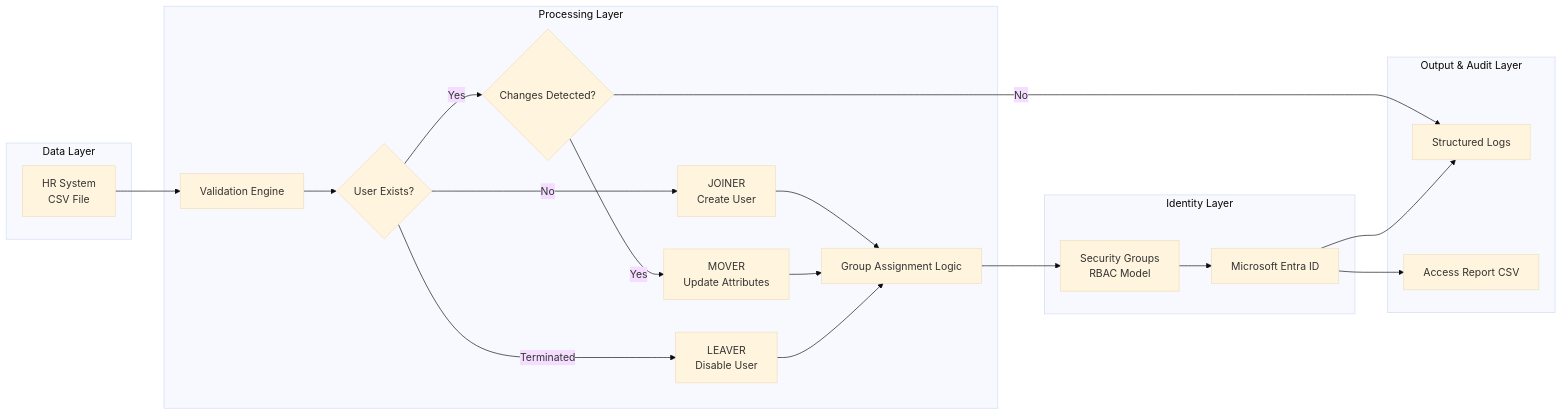
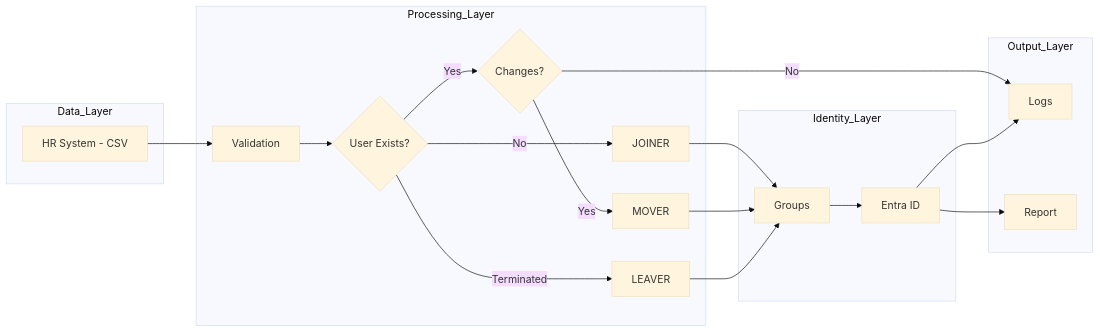
Before and after one commit to KKingsS17/iam-enterprise-simulation: the diagram in lifecycle-automation/README.md, drawn with Mermaid (base theme). The commit also changed other lines of this file, not shown here.

````diff
--- a/lifecycle-automation/README.md
+++ b/lifecycle-automation/README.md
@@ -38,63 +35,45 @@
 ```mermaid
 flowchart LR
 
-    %% =====================
-    %% DATA LAYER
-    %% =====================
-    subgraph Data Layer
-        A[HR System<br/>CSV File]
-    end
+subgraph Data_Layer
+    A[HR System - CSV]
+end
 
-    %% =====================
-    %% PROCESSING LAYER
-    %% =====================
-    subgraph Processing Layer
-        B[Validation Engine]
-        C{User Exists?}
-        D[JOINER<br/>Create User]
-        E{Changes Detected?}
-        F[MOVER<br/>Update Attributes]
-        G[LEAVER<br/>Disable User]
-        H[Group Assignment Logic]
-    end
+subgraph Processing_Layer
+    B[Validation]
+    C{User Exists?}
+    D[JOINER]
+    E{Changes?}
+    F[MOVER]
+    G[LEAVER]
+end
 
-    %% =====================
-    %% IDENTITY LAYER
-    %% =====================
-    subgraph Identity Layer
-        I[Microsoft Entra ID]
-        J[Security Groups<br/>RBAC Model]
-    end
+subgraph Identity_Layer
+    H[Entra ID]
+    I[Groups]
+end
 
-    %% =====================
-    %% OUTPUT / AUDIT LAYER
-    %% =====================
-    subgraph Output & Audit Layer
-        K[Structured Logs]
-        L[Access Report CSV]
-    end
+subgraph Output_Layer
+    J[Logs]
+    K[Report]
+end
 
-    %% =====================
-    %% FLOW
-    %% =====================
-    A --> B
-    B --> C
+A --> B
+B --> C
 
-    C -->|No| D
-    C -->|Yes| E
+C -->|No| D
+C -->|Yes| E
 
-    E -->|No| K
-    E -->|Yes| F
+E -->|No| J
+E -->|Yes| F
 
-    C -->|Terminated| G
+C -->|Terminated| G
 
-    D --> H
-    F --> H
-    G --> H
+D --> I
+F --> I
+G --> I
 
-    H --> J
-    J --> I
-
-    I --> K
-    I --> L
+I --> H
+H --> J
+H --> K
 ```
````
